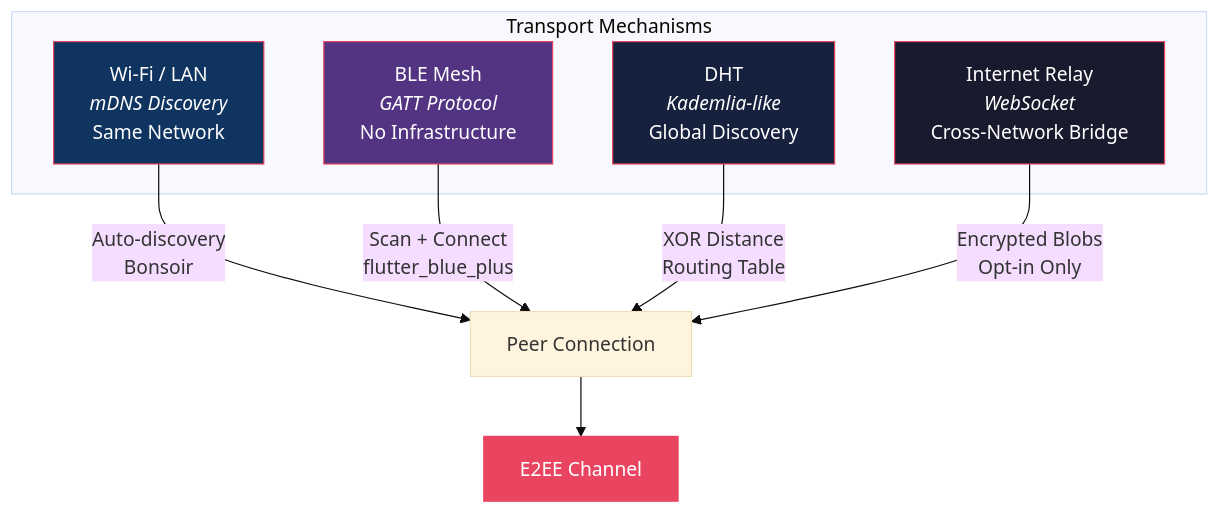
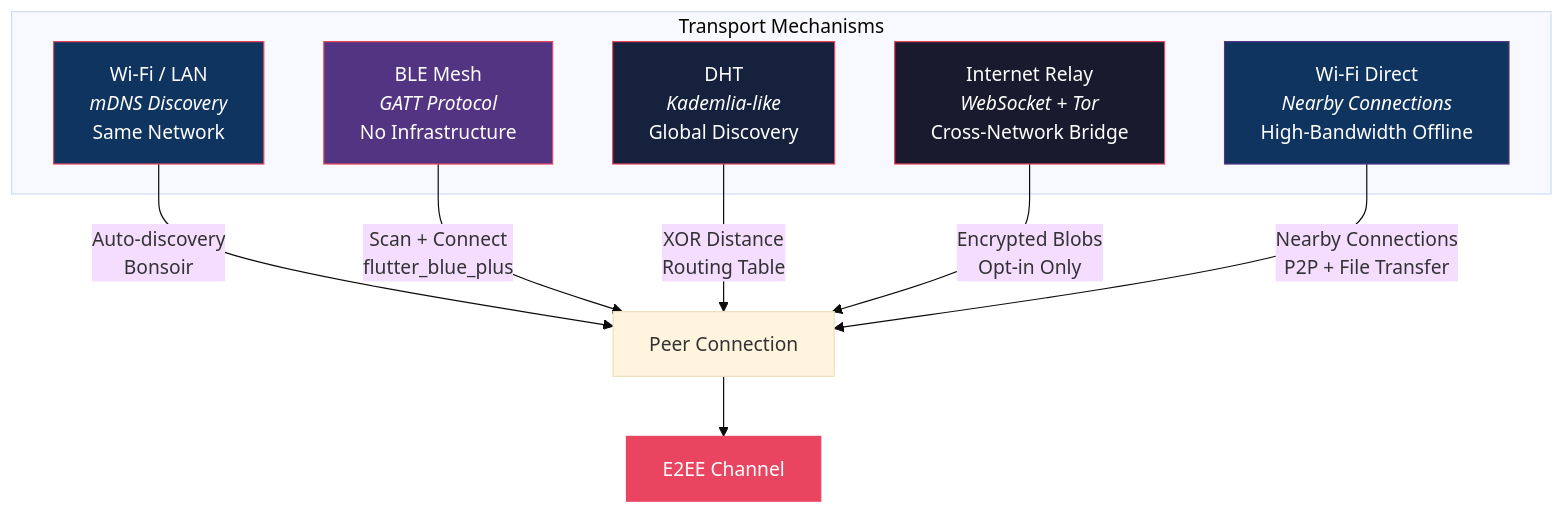
Before and after one commit to harshitt13/NyxChat: the third of 20 diagrams in README.md, drawn with Mermaid (base theme). The commit also changed other lines of this file and 75 other files, not shown here.

````diff
--- a/README.md
+++ b/README.md
@@ -215,22 +271,25 @@
 ```mermaid
 graph TD
     subgraph Transport["Transport Mechanisms"]
         A["Wi-Fi / LAN<br/><i>mDNS Discovery</i><br/>Same Network"]
         B["BLE Mesh<br/><i>GATT Protocol</i><br/>No Infrastructure"]
         C["DHT<br/><i>Kademlia-like</i><br/>Global Discovery"]
-        D["Internet Relay<br/><i>WebSocket</i><br/>Cross-Network Bridge"]
+        D["Internet Relay<br/><i>WebSocket + Tor</i><br/>Cross-Network Bridge"]
+        W["Wi-Fi Direct<br/><i>Nearby Connections</i><br/>High-Bandwidth Offline"]
     end
 
     A -->|"Auto-discovery<br/>Bonsoir"| E[Peer Connection]
     B -->|"Scan + Connect<br/>flutter_blue_plus"| E
     C -->|"XOR Distance<br/>Routing Table"| E
     D -->|"Encrypted Blobs<br/>Opt-in Only"| E
+    W -->|"Nearby Connections<br/>P2P + File Transfer"| E
 
     E --> F["E2EE Channel"]
 
     style A fill:#0f3460,stroke:#e94560,color:#fff
     style B fill:#533483,stroke:#e94560,color:#fff
     style C fill:#16213e,stroke:#e94560,color:#fff
     style D fill:#1a1a2e,stroke:#e94560,color:#fff
+    style W fill:#0f3460,stroke:#533483,color:#fff
     style F fill:#e94560,stroke:#e94560,color:#fff
 ```
````
